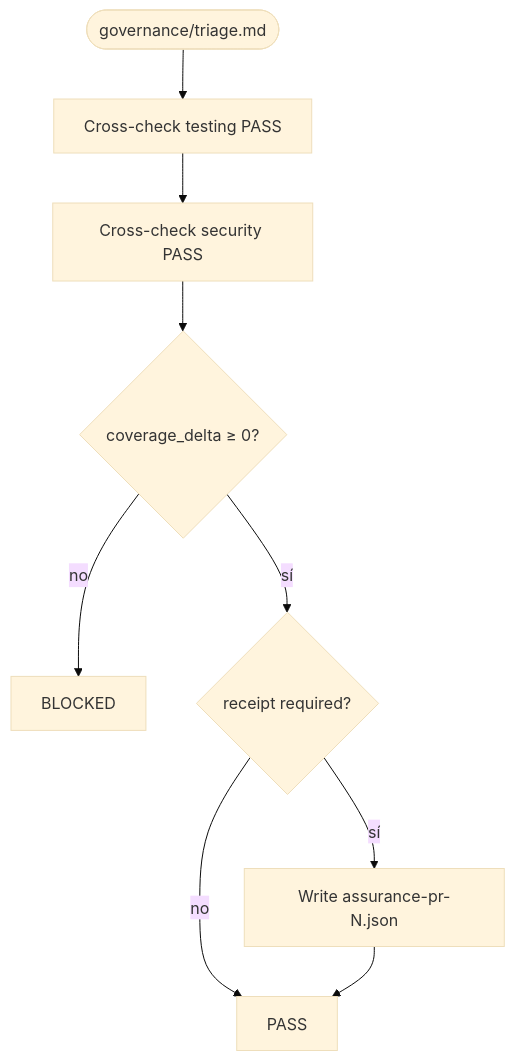
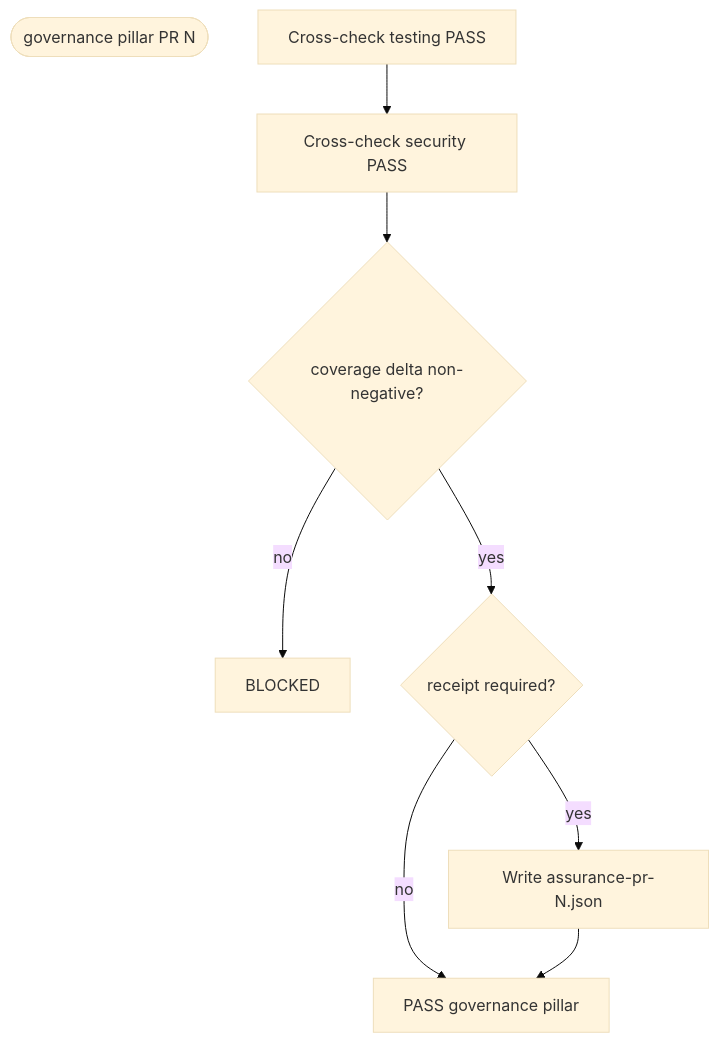
One commit to chimeranext/better-toolkits changed the first of 2 diagrams in toolkits/assurance-toolkit/references/governance/triage.md. Above: the diagram before and after it, drawn with Mermaid (base theme). The commit also changed other lines of this file and 4 other files, not shown here.

First line of the commit message:
docs(assurance): align triage hub with governance PR gate spec

````diff
--- a/toolkits/assurance-toolkit/references/governance/triage.md
+++ b/toolkits/assurance-toolkit/references/governance/triage.md
@@ -11,11 +15,12 @@
 ```mermaid
 flowchart TD
-  start([governance/triage.md]) --> g1[Cross-check testing PASS]
-  g1 --> g2[Cross-check security PASS]
-  g2 --> g3{coverage_delta ≥ 0?}
-  g3 -->|no| b[BLOCKED]
-  g3 -->|sí| r{receipt required?}
-  r -->|sí| w[Write assurance-pr-N.json]
-  r -->|no| p[PASS]
+  start(["governance pillar PR N"])
+  g1["Cross-check testing PASS"]
+  g1 --> g2["Cross-check security PASS"]
+  g2 --> g3{"coverage delta non-negative?"}
+  g3 -->|no| b["BLOCKED"]
+  g3 -->|yes| r{"receipt required?"}
+  r -->|yes| w["Write assurance-pr-N.json"]
+  r -->|no| p["PASS governance pillar"]
   w --> p
 ```
````
